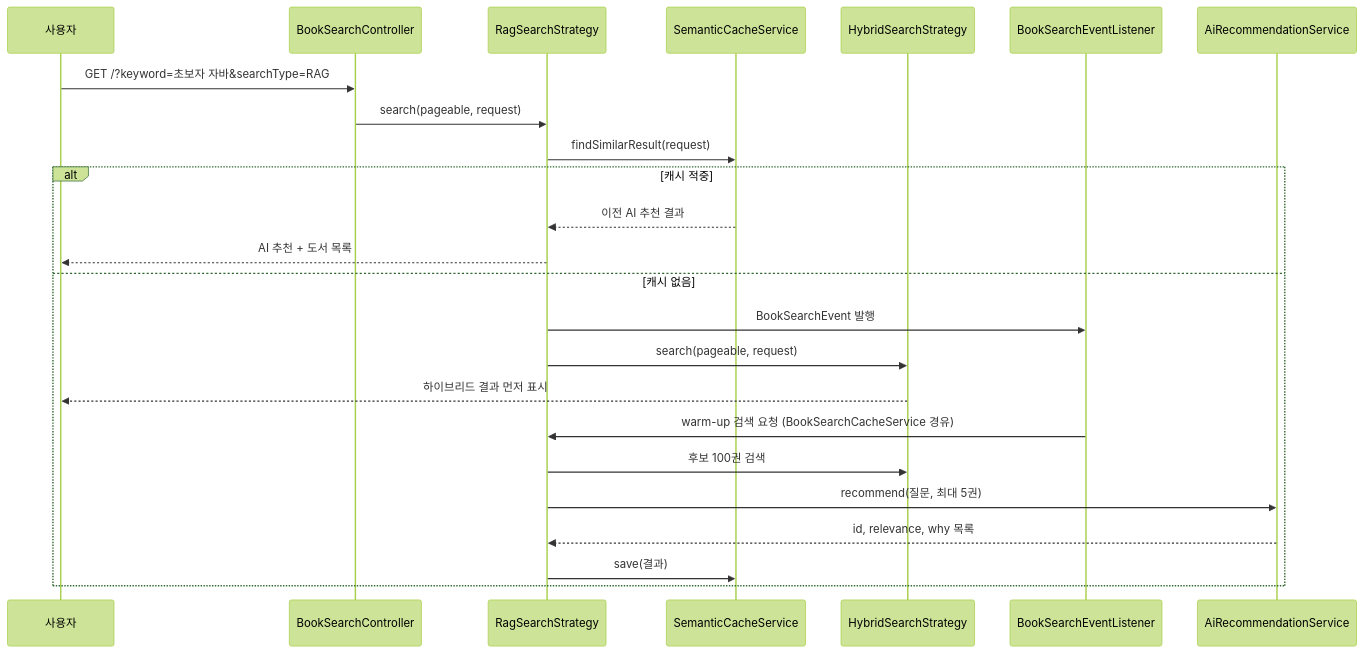
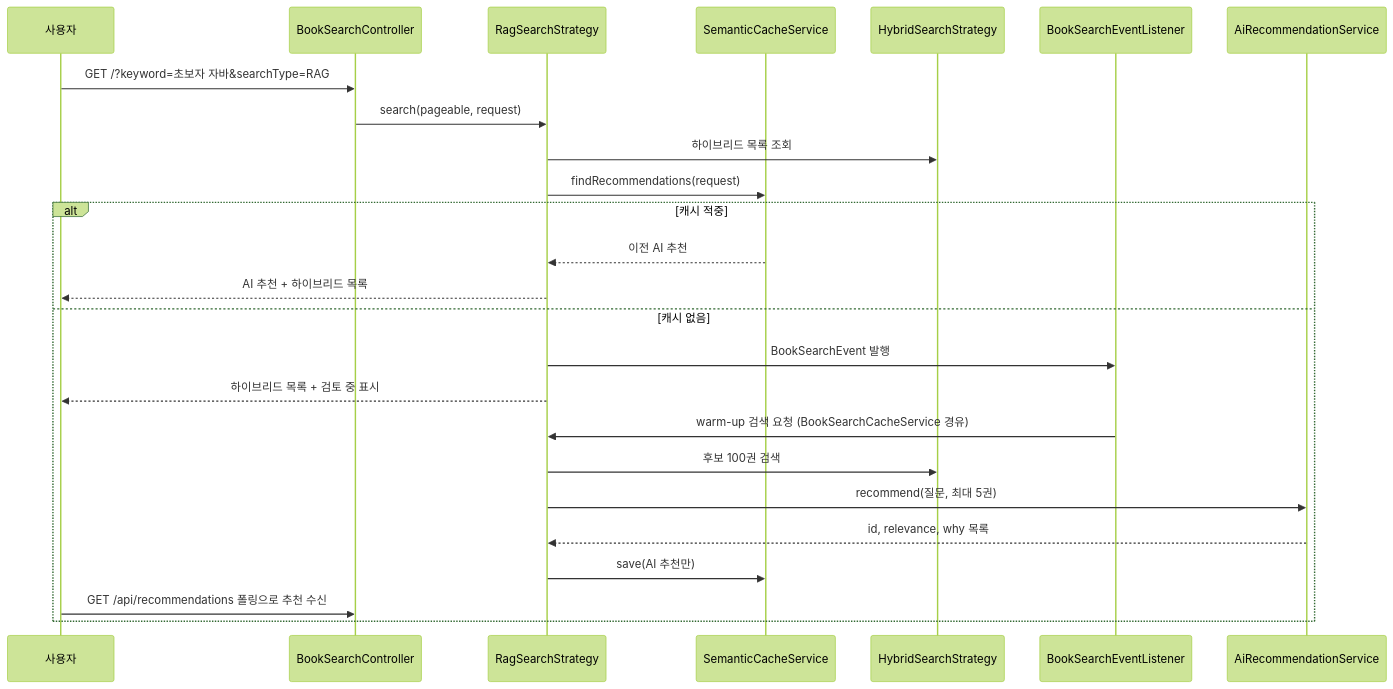
Before and after one commit to nhn-academy-marco/ai-library: the second of 2 diagrams in docs/step-3/03.llm-integration.md, drawn with Mermaid (forest theme). The commit also changed other lines of this file and 10 other files, not shown here.

````diff
--- a/docs/step-3/03.llm-integration.md
+++ b/docs/step-3/03.llm-integration.md
@@ -306,27 +306,28 @@
 ```mermaid
 sequenceDiagram
     participant U as 사용자
     participant C as BookSearchController
     participant R as RagSearchStrategy
     participant SC as SemanticCacheService
     participant H as HybridSearchStrategy
     participant E as BookSearchEventListener
     participant AI as AiRecommendationService
 
     U->>C: GET /?keyword=초보자 자바&searchType=RAG
     C->>R: search(pageable, request)
-    R->>SC: findSimilarResult(request)
+    R->>H: 하이브리드 목록 조회
+    R->>SC: findRecommendations(request)
     alt 캐시 적중
-        SC-->>R: 이전 AI 추천 결과
-        R-->>U: AI 추천 + 도서 목록
+        SC-->>R: 이전 AI 추천
+        R-->>U: AI 추천 + 하이브리드 목록
     else 캐시 없음
         R->>E: BookSearchEvent 발행
-        R->>H: search(pageable, request)
-        H-->>U: 하이브리드 결과 먼저 표시
+        R-->>U: 하이브리드 목록 + 검토 중 표시
         E->>R: warm-up 검색 요청 (BookSearchCacheService 경유)
         R->>H: 후보 100권 검색
         R->>AI: recommend(질문, 최대 5권)
         AI-->>R: id, relevance, why 목록
-        R->>SC: save(결과)
+        R->>SC: save(AI 추천만)
+        U->>C: GET /api/recommendations 폴링으로 추천 수신
     end
 ```
````
